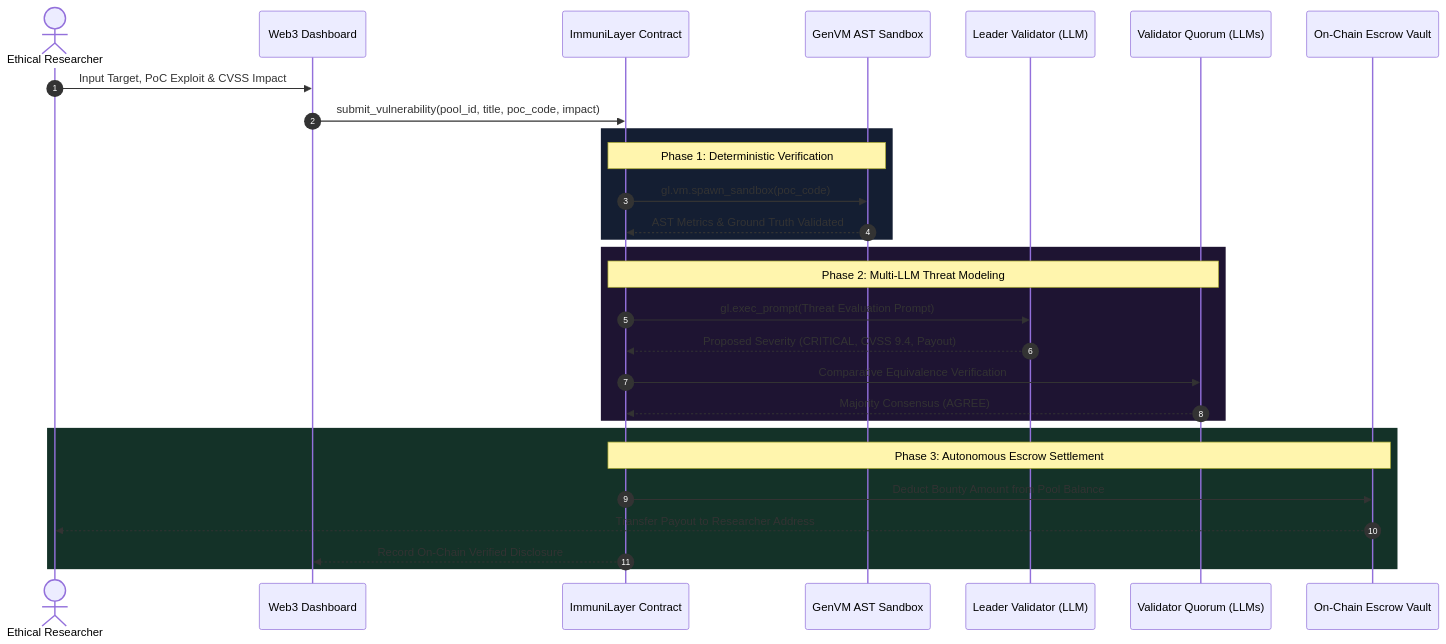
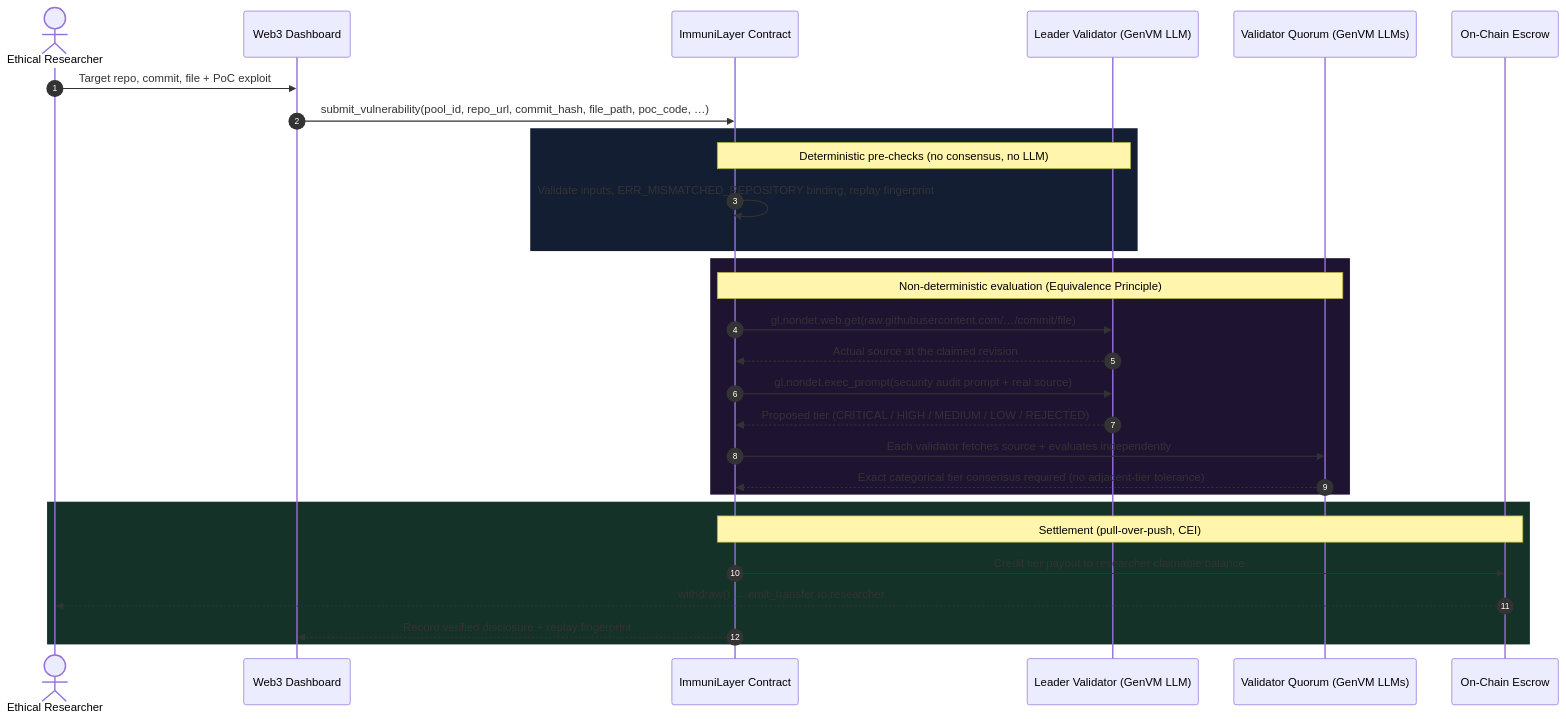
One commit to Handik4/ImmuniLayer changed the diagram in README.md. Above: the diagram before and after it, drawn with Mermaid. The commit also changed other lines of this file and 8 other files, not shown here.

First line of the commit message:
chore(release): sync contract 0x7cA196D3, align Consensus v0.6 receipt handling and rewrite README

````diff
--- a/README.md
+++ b/README.md
@@ -112,35 +70,35 @@
 ```mermaid
 sequenceDiagram
     autonumber
-    actor Hacker as Ethical Researcher
+    actor Researcher as Ethical Researcher
     participant Web as Web3 Dashboard
     participant Contract as ImmuniLayer Contract
-    participant Sandbox as GenVM AST Sandbox
-    participant Leader as Leader Validator (LLM)
-    participant Quorum as Validator Quorum (LLMs)
-    participant Escrow as On-Chain Escrow Vault
+    participant Leader as Leader Validator (GenVM LLM)
+    participant Quorum as Validator Quorum (GenVM LLMs)
+    participant Escrow as On-Chain Escrow
 
-    Hacker->>Web: Input Target, PoC Exploit & CVSS Impact
-    Web->>Contract: submit_vulnerability(pool_id, title, poc_code, impact)
-    
+    Researcher->>Web: Target repo, commit, file + PoC exploit
+    Web->>Contract: submit_vulnerability(pool_id, repo_url, commit_hash, file_path, poc_code, …)
+
     rect rgb(20, 30, 50)
-        Note over Contract,Sandbox: Phase 1: Deterministic Verification
-        Contract->>Sandbox: gl.vm.spawn_sandbox(poc_code)
-        Sandbox-->>Contract: AST Metrics & Ground Truth Validated
+        Note over Contract,Leader: Deterministic pre-checks (no consensus, no LLM)
+        Contract->>Contract: Validate inputs, ERR_MISMATCHED_REPOSITORY binding, replay fingerprint
     end
 
     rect rgb(30, 20, 50)
-        Note over Contract,Quorum: Phase 2: Multi-LLM Threat Modeling
-        Contract->>Leader: gl.exec_prompt(Threat Evaluation Prompt)
-        Leader-->>Contract: Proposed Severity (CRITICAL, CVSS 9.4, Payout)
-        Contract->>Quorum: Comparative Equivalence Verification
-        Quorum-->>Contract: Majority Consensus (AGREE)
+        Note over Contract,Quorum: Non-deterministic evaluation (Equivalence Principle)
+        Contract->>Leader: gl.nondet.web.get(raw.githubusercontent.com/…/commit/file)
+        Leader-->>Contract: Actual source at the claimed revision
+        Contract->>Leader: gl.nondet.exec_prompt(security audit prompt + real source)
+        Leader-->>Contract: Proposed tier (CRITICAL / HIGH / MEDIUM / LOW / REJECTED)
+        Contract->>Quorum: Each validator fetches source + evaluates independently
+        Quorum-->>Contract: Exact categorical tier consensus required (no adjacent-tier tolerance)
     end
 
     rect rgb(20, 50, 40)
-        Note over Contract,Escrow: Phase 3: Autonomous Escrow Settlement
-        Contract->>Escrow: Deduct Bounty Amount from Pool Balance
-        Escrow-->>Hacker: Transfer Payout to Researcher Address
-        Contract-->>Web: Record On-Chain Verified Disclosure
+        Note over Contract,Escrow: Settlement (pull-over-push, CEI)
+        Contract->>Escrow: Credit tier payout to researcher claimable balance
+        Escrow-->>Researcher: withdraw() → emit_transfer to researcher
+        Contract-->>Web: Record verified disclosure + replay fingerprint
     end
 ```
````
